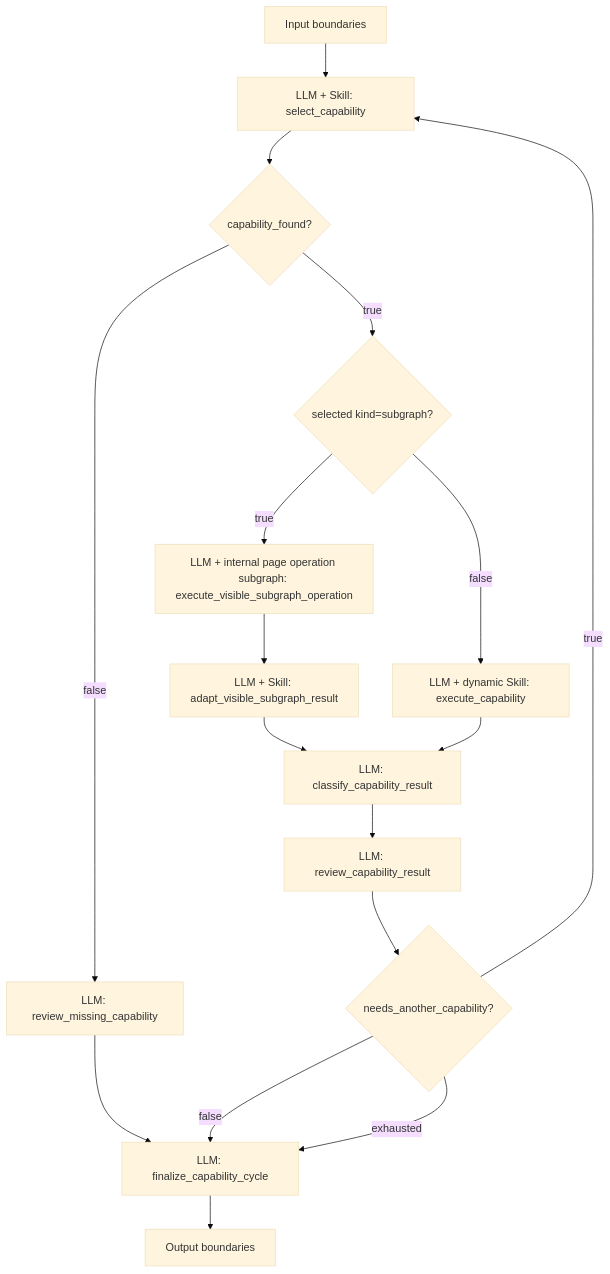
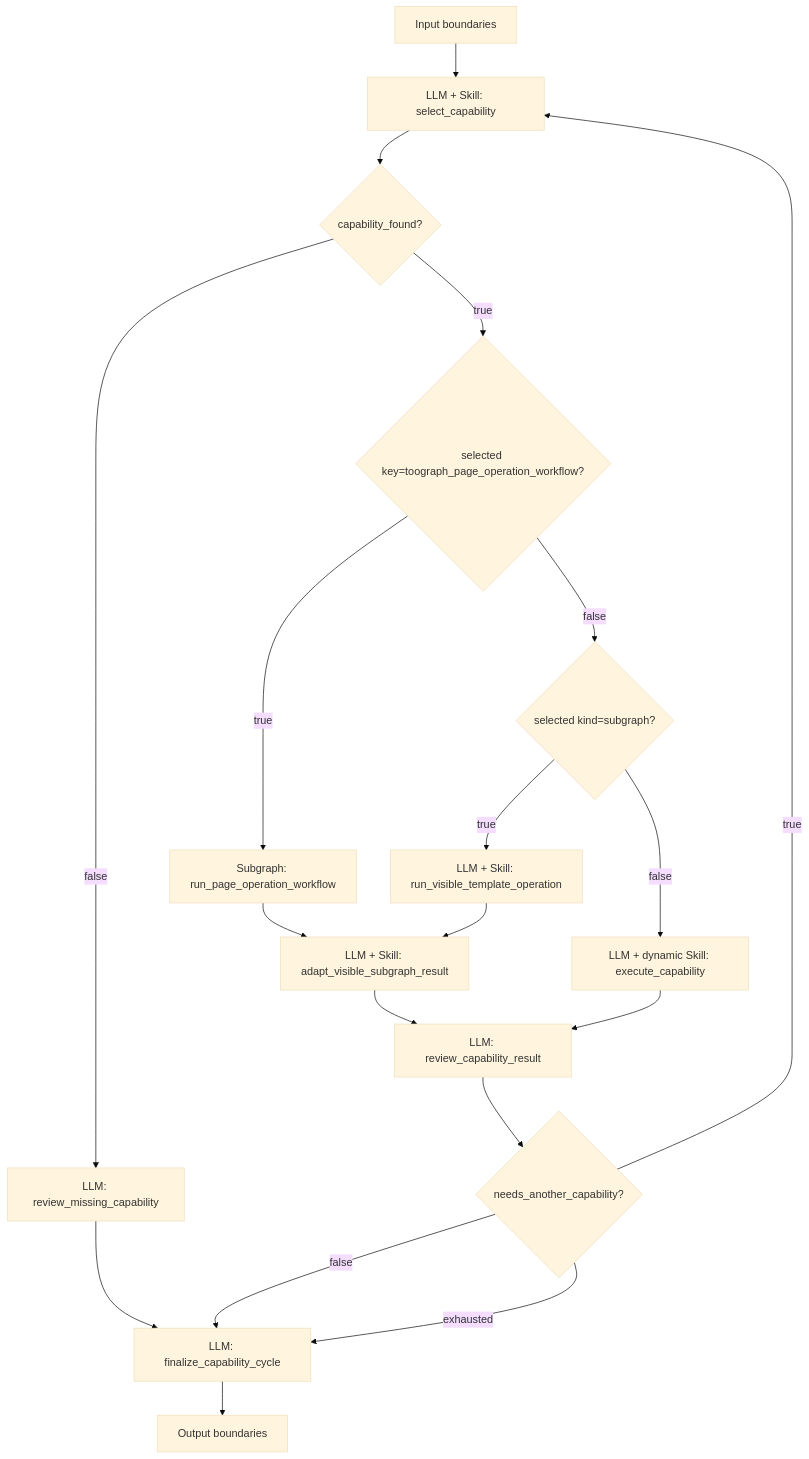
Before and after one commit to OoABYSSoO/TooGraph: the fifth of 7 diagrams in docs/future/buddy-autonomous-agent-roadmap.md, drawn with Mermaid (base theme). The commit also changed other lines of this file and 2 other files, not shown here.

````diff
--- a/docs/future/buddy-autonomous-agent-roadmap.md
+++ b/docs/future/buddy-autonomous-agent-roadmap.md
@@ -369,19 +367,21 @@
 ```mermaid
 flowchart TD
   A[Input boundaries] --> S[LLM + Skill: select_capability]
   S --> F{capability_found?}
   F -- false --> G[LLM: review_missing_capability]
   G --> Z[LLM: finalize_capability_cycle]
-  F -- true --> K{selected kind=subgraph?}
+  F -- true --> P{selected key=toograph_page_operation_workflow?}
+  P -- true --> W[Subgraph: run_page_operation_workflow]
+  P -- false --> K{selected kind=subgraph?}
   K -- false --> X[LLM + dynamic Skill: execute_capability]
-  K -- true --> V[LLM + internal page operation subgraph: execute_visible_subgraph_operation]
+  K -- true --> V[LLM + Skill: run_visible_template_operation]
+  W --> A2[LLM + Skill: adapt_visible_subgraph_result]
   V --> A2[LLM + Skill: adapt_visible_subgraph_result]
-  A2 --> Q[LLM: classify_capability_result]
-  X --> Q[LLM: classify_capability_result]
-  Q --> R[LLM: review_capability_result]
+  A2 --> R[LLM: review_capability_result]
+  X --> R[LLM: review_capability_result]
   R --> C{needs_another_capability?}
   C -- true --> S
   C -- false --> Z
   C -- exhausted --> Z
   Z --> O[Output boundaries]
 ```
````
